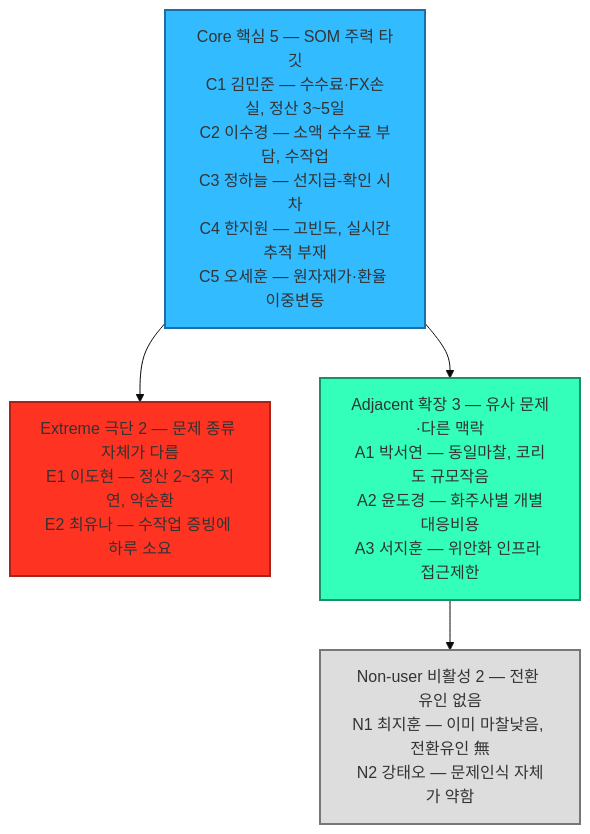
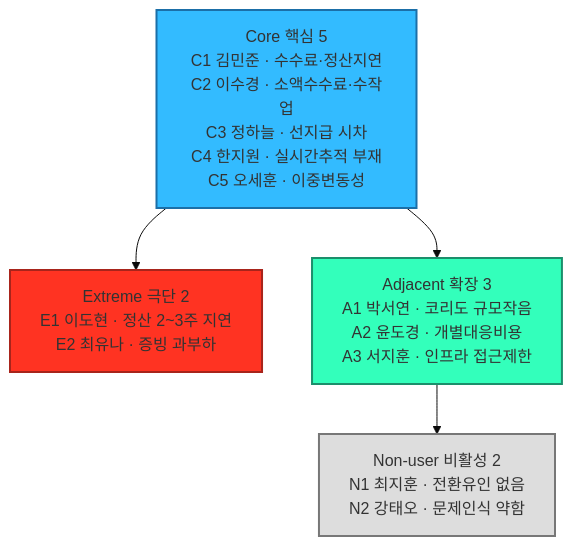
One commit to jennie-brain/business-analysis-frameworks changed the first of 2 diagrams in 05_페르소나_고객여정지도/01_페르소나스펙트럼_분석보고서.md. Above: the diagram before and after it, drawn with Mermaid (base theme).

Commit message:
1단계 차트 라인 길이 균일화로 줄바꿈 가독성 개선
멤버별 문제 서술이 길이가 크게 달라 상자 안 줄바꿈이 들쭥날쭥
보였다. 구분자를 '—, 쉼표'에서 '·' 한 종류로 통일하고, 각 줄을
짧은 명사형 키워드로 다시 다듬어 줄 길이를 비슷하게 맞춘다.
제목의 부제(예: "SOM 주력 타깃")도 빼 제목 줄 길이를 통일한다.

````diff
--- a/05_페르소나_고객여정지도/01_페르소나스펙트럼_분석보고서.md
+++ b/05_페르소나_고객여정지도/01_페르소나스펙트럼_분석보고서.md
@@ -56,16 +56,16 @@
 ```mermaid
 flowchart TB
-    CORE["Core 핵심 5 — SOM 주력 타깃<br/>C1 김민준 — 수수료·FX손실, 정산 3~5일<br/>C2 이수경 — 소액 수수료 부담, 수작업<br/>C3 정하늘 — 선지급-확인 시차<br/>C4 한지원 — 고빈도, 실시간추적 부재<br/>C5 오세훈 — 원자재가·환율 이중변동"]
-    EXT["Extreme 극단 2 — 문제 종류 자체가 다름<br/>E1 이도현 — 정산 2~3주 지연, 악순환<br/>E2 최유나 — 수작업 증빙에 하루 소요"]
-    ADJ["Adjacent 확장 3 — 유사 문제·다른 맥락<br/>A1 박서연 — 동일마찰, 코리도 규모작음<br/>A2 윤도경 — 화주사별 개별대응비용<br/>A3 서지훈 — 위안화 인프라 접근제한"]
-    NON["Non-user 비활성 2 — 전환 유인 없음<br/>N1 최지훈 — 이미 마찰낮음, 전환유인 無<br/>N2 강태오 — 문제인식 자체가 약함"]
+    CORE["Core 핵심 5<br/>C1 김민준 · 수수료·정산지연<br/>C2 이수경 · 소액수수료·수작업<br/>C3 정하늘 · 선지급 시차<br/>C4 한지원 · 실시간추적 부재<br/>C5 오세훈 · 이중변동성"]
+    EXT["Extreme 극단 2<br/>E1 이도현 · 정산 2~3주 지연<br/>E2 최유나 · 증빙 과부하"]
+    ADJ["Adjacent 확장 3<br/>A1 박서연 · 코리도 규모작음<br/>A2 윤도경 · 개별대응비용<br/>A3 서지훈 · 인프라 접근제한"]
+    NON["Non-user 비활성 2<br/>N1 최지훈 · 전환유인 없음<br/>N2 강태오 · 문제인식 약함"]
 
     CORE --> EXT
     CORE --> ADJ
     ADJ --> NON
 
     style CORE fill:#33BBFF,stroke:#1b6fa8,stroke-width:2px
     style EXT fill:#FF3322,stroke:#a8241b,stroke-width:2px
     style ADJ fill:#33FFBB,stroke:#1b8f6b,stroke-width:2px
     style NON fill:#DDDDDD,stroke:#777777,stroke-width:2px
 ```
````
